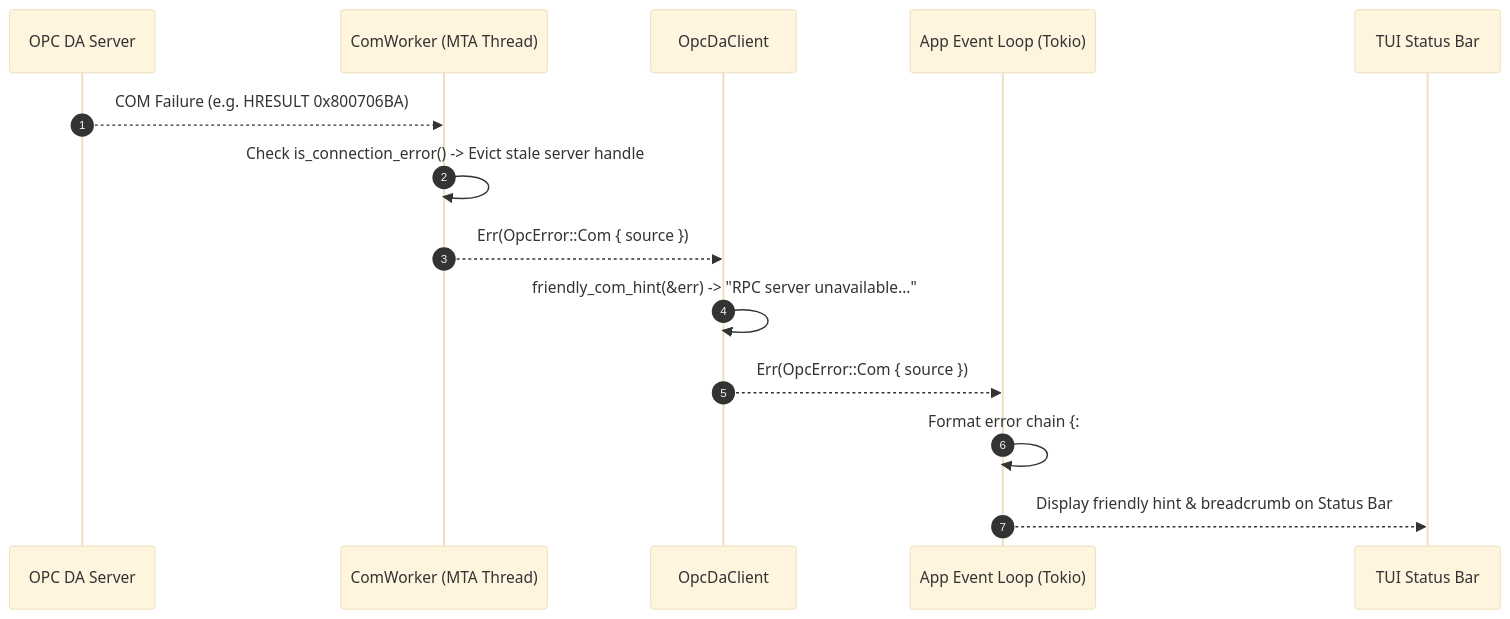
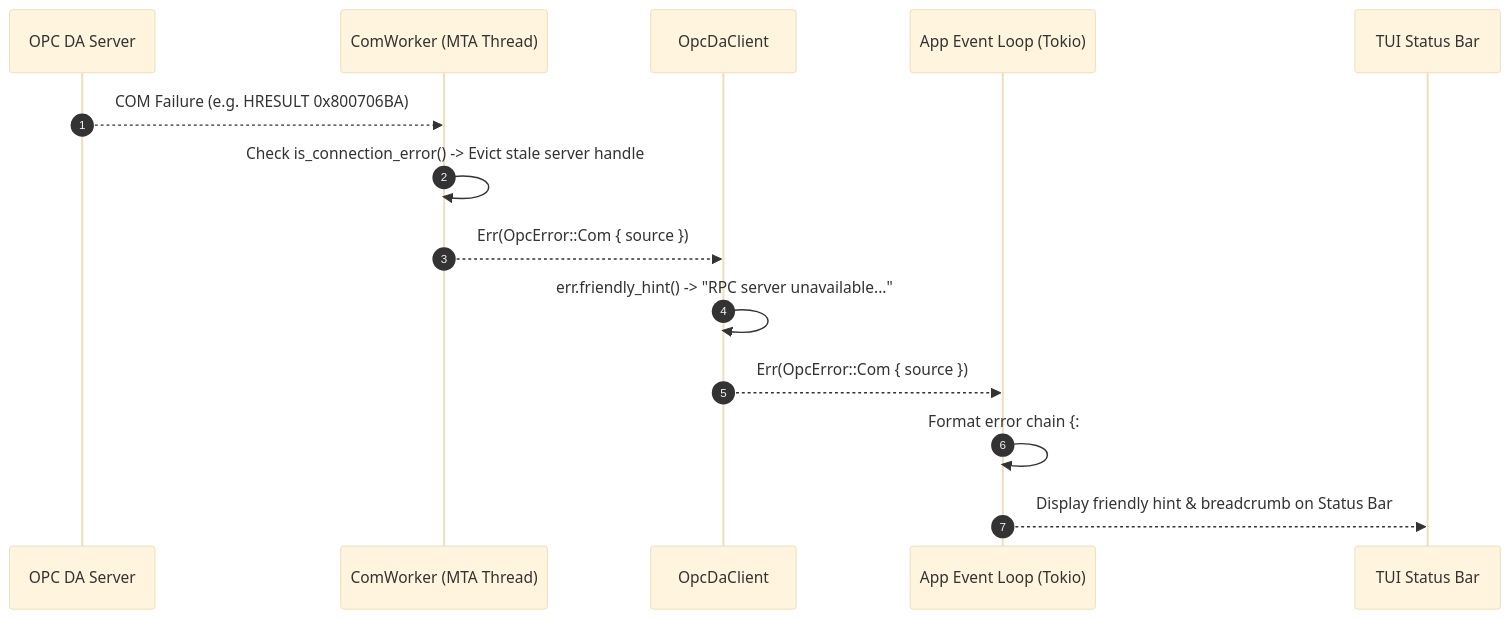
One commit to wends155/opc-cli changed the third of 3 diagrams in architecture.md. Above: the diagram before and after it, drawn with Mermaid (base theme). The commit also changed other lines of this file, not shown here.

Commit message:
docs: synchronize root architecture.md with discovery, identity types, and clean layout (step 7-9)

````diff
--- a/architecture.md
+++ b/architecture.md
@@ -287,17 +292,17 @@
 ```mermaid
 sequenceDiagram
     autonumber
     participant Server as OPC DA Server
     participant Worker as ComWorker (MTA Thread)
     participant Client as OpcDaClient
     participant App as App Event Loop (Tokio)
     participant UI as TUI Status Bar
 
     Server-->>Worker: COM Failure (e.g. HRESULT 0x800706BA)
     Worker->>Worker: Check is_connection_error() -> Evict stale server handle
     Worker-->>Client: Err(OpcError::Com { source })
-    Client->>Client: friendly_com_hint(&err) -> "RPC server unavailable..."
+    Client->>Client: err.friendly_hint() -> "RPC server unavailable..."
     Client-->>App: Err(OpcError::Com { source })
     App->>App: Format error chain {:#}
     App-->>UI: Display friendly hint & breadcrumb on Status Bar
 ```
````
